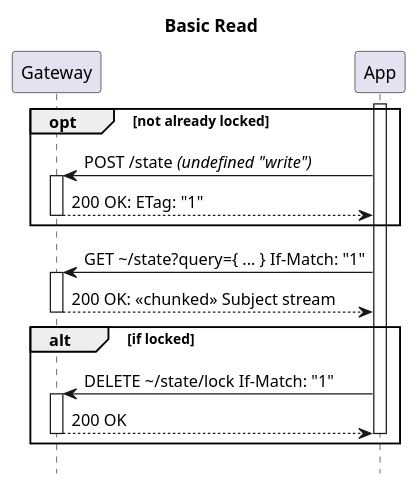
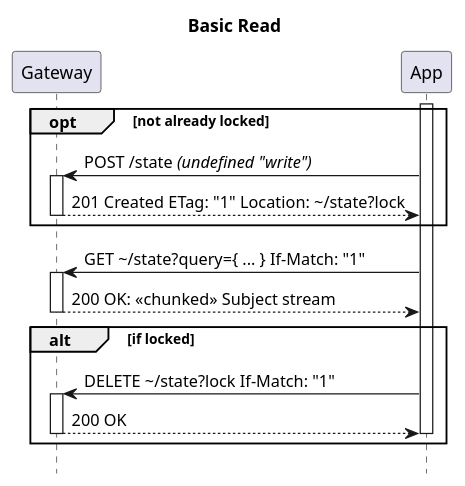
One commit to m-ld/m-ld-gateway changed the diagram in architecture/api/http/7-basic-read.seq.puml. Above: the diagram before and after it, drawn with PlantUML. The commit also changed 30 other files, not shown here.

```diff
--- a/architecture/api/http/7-basic-read.seq.puml
+++ b/architecture/api/http/7-basic-read.seq.puml
@@ -1,25 +1,25 @@
 @startuml
 'https://plantuml.com/sequence-diagram
 !pragma teoz true
 hide footbox
 
 title: Basic Read
 
 participant Gateway as gw
 participant "App" as app
 
 activate app
 opt not already locked
 app -> gw ++: POST ~/state //(undefined "write")//
-return 200 OK: ETag: "1"
+return 201 Created ETag: "1" Location: \~/state?lock
 end opt
 app -> gw ++: GET \~/state?query={ ... } If-Match: "1"
 'Note that other operations on the domain can happen independently
 return 200 OK: <<chunked>> Subject stream
 alt if locked
-app -> gw ++: DELETE \~/state/lock If-Match: "1"
+app -> gw ++: DELETE \~/state?lock If-Match: "1"
 return 200 OK
 deactivate app
 end alt
 
 @enduml
```
